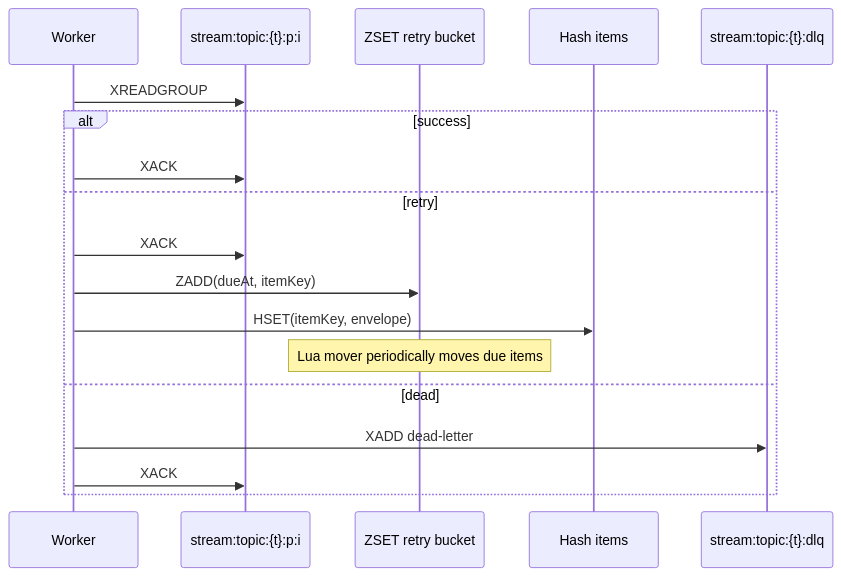
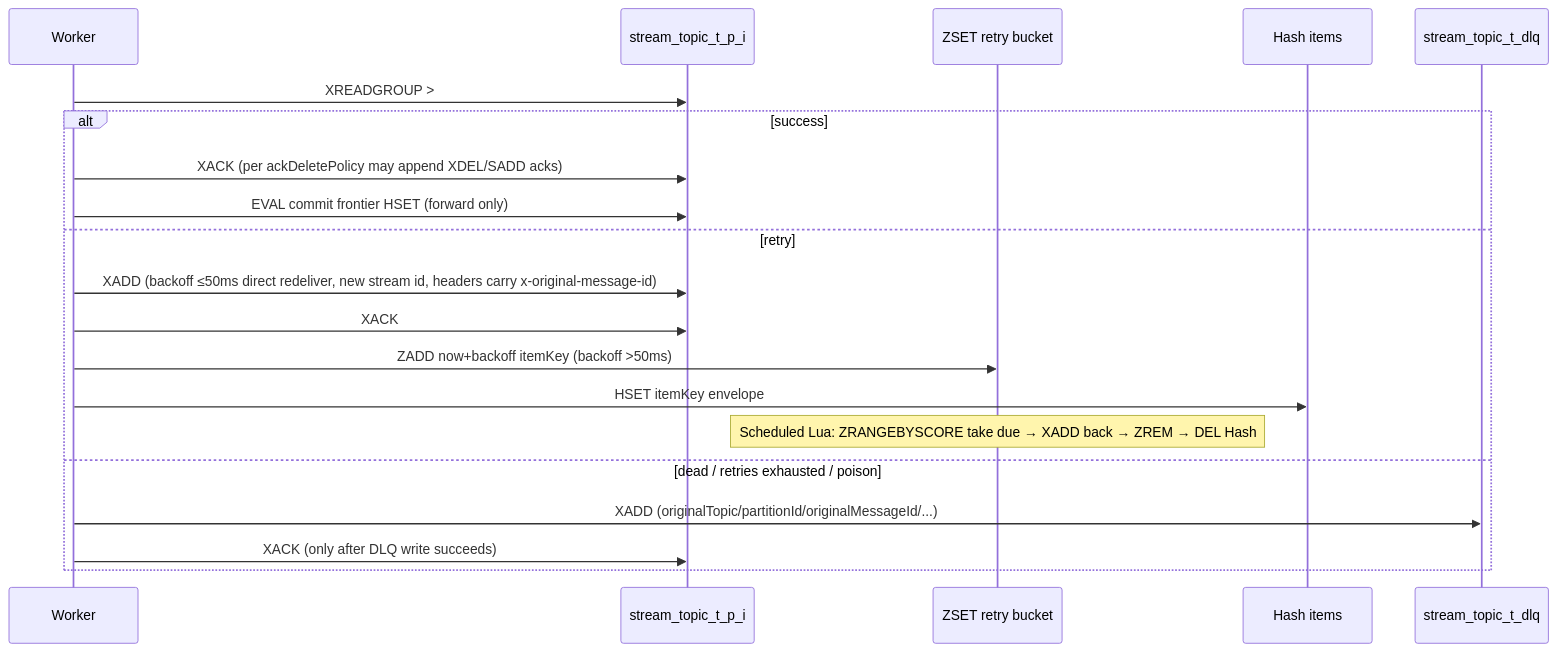
The third of 4 diagrams in docs/en/MQ-Design-en.md (cuihairu/redis-streaming), drawn with Mermaid before and after one commit. The commit also changed other lines of this file and 4 other files, not shown here.

````diff
--- a/docs/en/MQ-Design-en.md
+++ b/docs/en/MQ-Design-en.md
@@ -105,20 +155,22 @@
 ```mermaid
 sequenceDiagram
   participant W as Worker
-  participant S as stream:topic:{t}:p:i
+  participant S as stream_topic_t_p_i
   participant RB as ZSET retry bucket
   participant RH as Hash items
-  participant DL as stream:topic:{t}:dlq
-  W->>S: XREADGROUP
+  participant DL as stream_topic_t_dlq
+  W->>S: XREADGROUP >
   alt success
+    W->>S: XACK (per ackDeletePolicy may append XDEL/SADD acks)
+    W->>S: EVAL commit frontier HSET (forward only)
+  else retry
+    W->>S: XADD (backoff ≤50ms direct redeliver, new stream id, headers carry x-original-message-id)
     W->>S: XACK
-  else retry
-    W->>S: XACK
-    W->>RB: ZADD(dueAt, itemKey)
-    W->>RH: HSET(itemKey, envelope)
-    Note over RB: Lua mover periodically moves due items
-  else dead
-    W->>DL: XADD dead-letter
-    W->>S: XACK
+    W->>RB: ZADD now+backoff itemKey (backoff >50ms)
+    W->>RH: HSET itemKey envelope
+    Note over RB: Scheduled Lua: ZRANGEBYSCORE take due → XADD back → ZREM → DEL Hash
+  else dead / retries exhausted / poison
+    W->>DL: XADD (originalTopic/partitionId/originalMessageId/...)
+    W->>S: XACK (only after DLQ write succeeds)
   end
 ```
````
